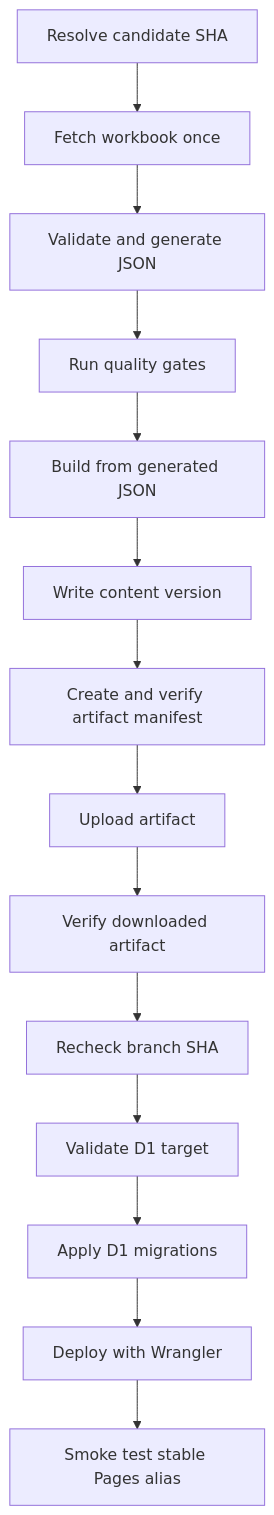
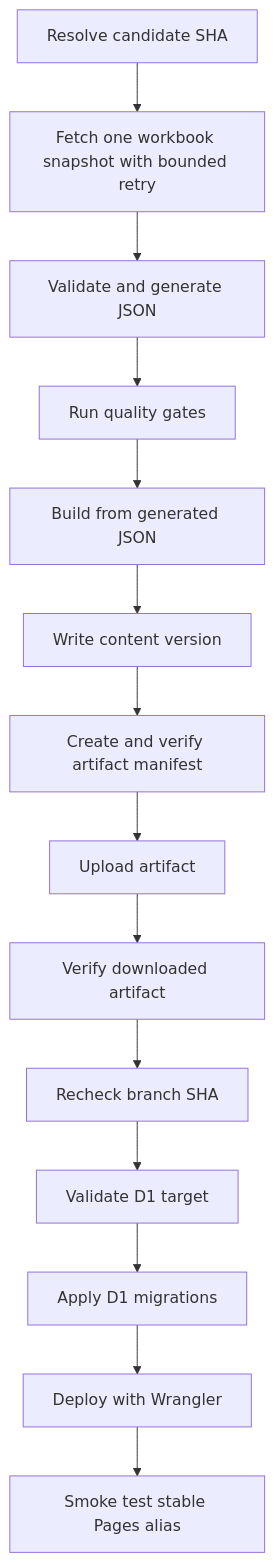
Before and after one commit to nicolasgioanni/Smart-Porfolio: the diagram in docs/DEPLOYMENT.md, drawn with Mermaid. The commit also changed other lines of this file and 8 other files, not shown here.

````diff
--- a/docs/DEPLOYMENT.md
+++ b/docs/DEPLOYMENT.md
@@ -167,16 +167,16 @@
 ```mermaid
 flowchart TD
-    A[Resolve candidate SHA] --> B[Fetch workbook once]
+    A[Resolve candidate SHA] --> B[Fetch one workbook snapshot with bounded retry]
     B --> C[Validate and generate JSON]
     C --> D[Run quality gates]
     D --> E[Build from generated JSON]
     E --> F[Write content version]
     F --> G[Create and verify artifact manifest]
     G --> H[Upload artifact]
     H --> I[Verify downloaded artifact]
     I --> J[Recheck branch SHA]
     J --> K[Validate D1 target]
     K --> L[Apply D1 migrations]
     L --> M[Deploy with Wrangler]
     M --> N[Smoke test stable Pages alias]
 ```
````
